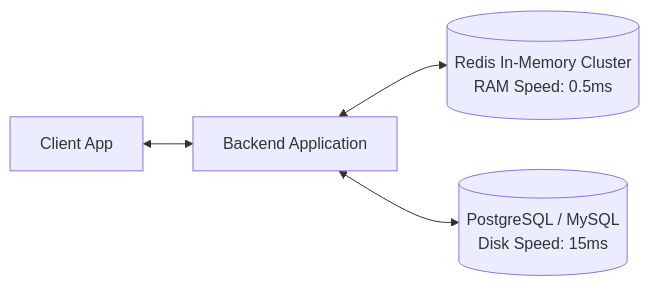
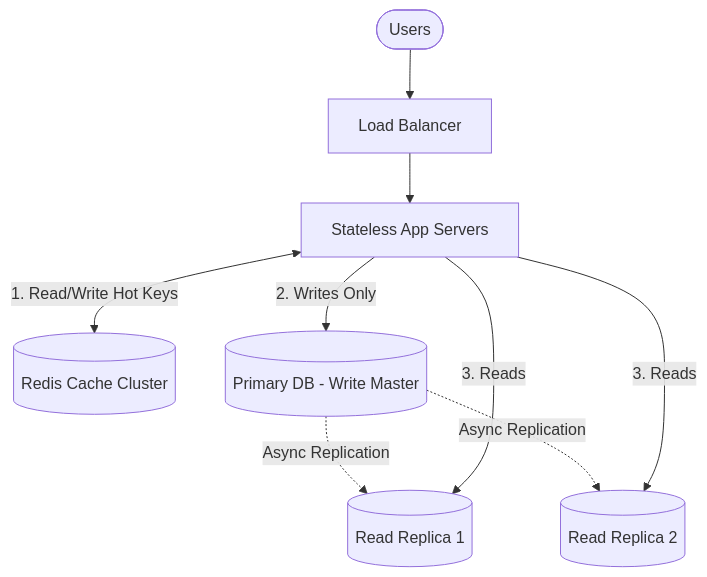
Before and after one commit to Sujalkathait/high-level-design: the sixth of 16 diagrams in README.md, drawn with Mermaid. The commit also changed other lines of this file and 25 other files, not shown here.

Commit message:
docs: streamline HLD guide with clean visual Mermaid diagrams, zero emojis & deep pros/cons

````diff
--- a/README.md
+++ b/README.md
@@ -557,6 +139,10 @@
 ```mermaid
-graph LR
-    Client[Client App] <--> App[Backend Application]
-    App <--> Cache[(Redis In-Memory Cluster\nRAM Speed: 0.5ms)]
-    App <--> DB[(PostgreSQL / MySQL\nDisk Speed: 15ms)]
+flowchart TD
+    User([Users]) --> LB[Load Balancer]
+    LB --> App[Stateless App Servers]
+    App <-->|1. Read/Write Hot Keys| Cache[(Redis Cache Cluster)]
+    App -->|2. Writes Only| Primary[(Primary DB - Write Master)]
+    Primary -.->|Async Replication| Replica1[(Read Replica 1)]
+    Primary -.->|Async Replication| Replica2[(Read Replica 2)]
+    App -->|3. Reads| Replica1 & Replica2
 ```
````
